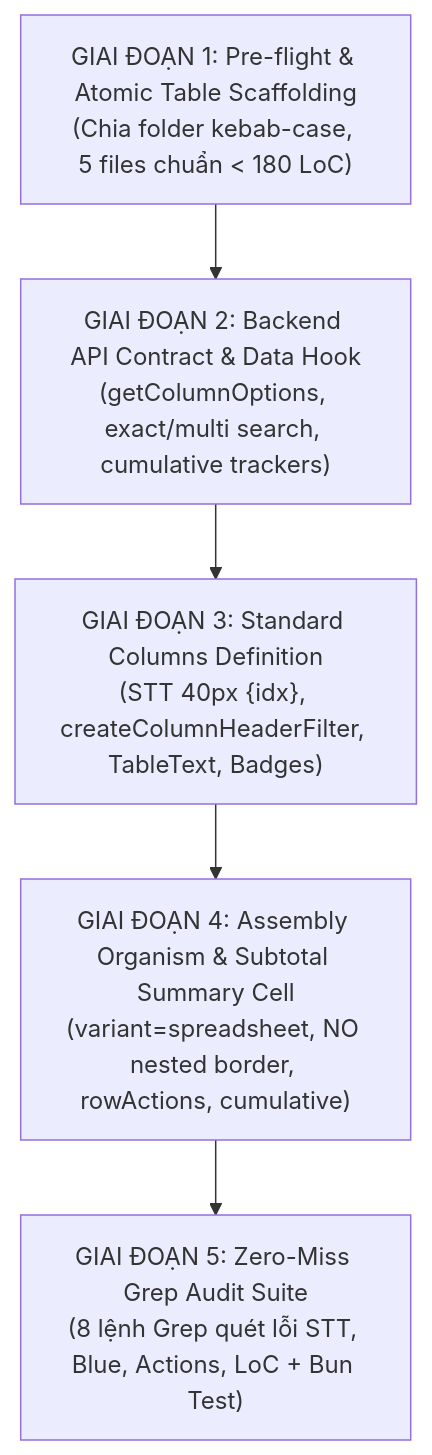
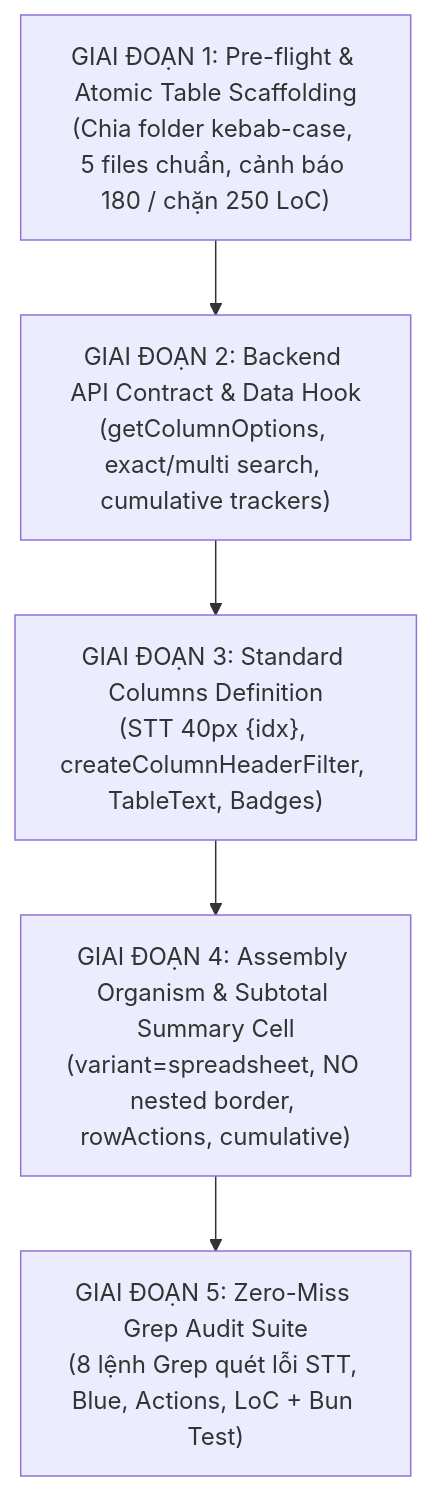
The diagram in .agents/workflows/standardize-table.md (kindustries-erp/erp-web), drawn with Mermaid before and after one commit. The commit also changed other lines of this file and 15 other files, not shown here.

````diff
--- a/.agents/workflows/standardize-table.md
+++ b/.agents/workflows/standardize-table.md
@@ -36,10 +44,10 @@
 ```mermaid
 graph TD
-    P1["GIAI ĐOẠN 1: Pre-flight & Atomic Table Scaffolding<br>(Chia folder kebab-case, 5 files chuẩn < 180 LoC)"]
+    P1["GIAI ĐOẠN 1: Pre-flight & Atomic Table Scaffolding<br>(Chia folder kebab-case, 5 files chuẩn, cảnh báo 180 / chặn 250 LoC)"]
     P2["GIAI ĐOẠN 2: Backend API Contract & Data Hook<br>(getColumnOptions, exact/multi search, cumulative trackers)"]
     P3["GIAI ĐOẠN 3: Standard Columns Definition<br>(STT 40px {idx}, createColumnHeaderFilter, TableText, Badges)"]
     P4["GIAI ĐOẠN 4: Assembly Organism & Subtotal Summary Cell<br>(variant=spreadsheet, NO nested border, rowActions, cumulative)"]
     P5["GIAI ĐOẠN 5: Zero-Miss Grep Audit Suite<br>(8 lệnh Grep quét lỗi STT, Blue, Actions, LoC + Bun Test)"]
 
     P1 --> P2 --> P3 --> P4 --> P5
 ```
````
